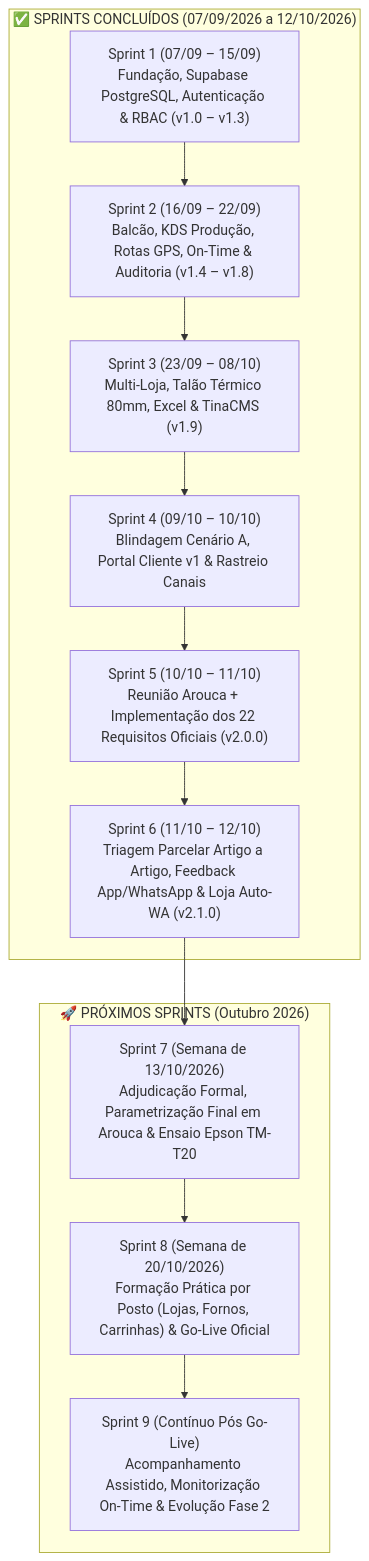
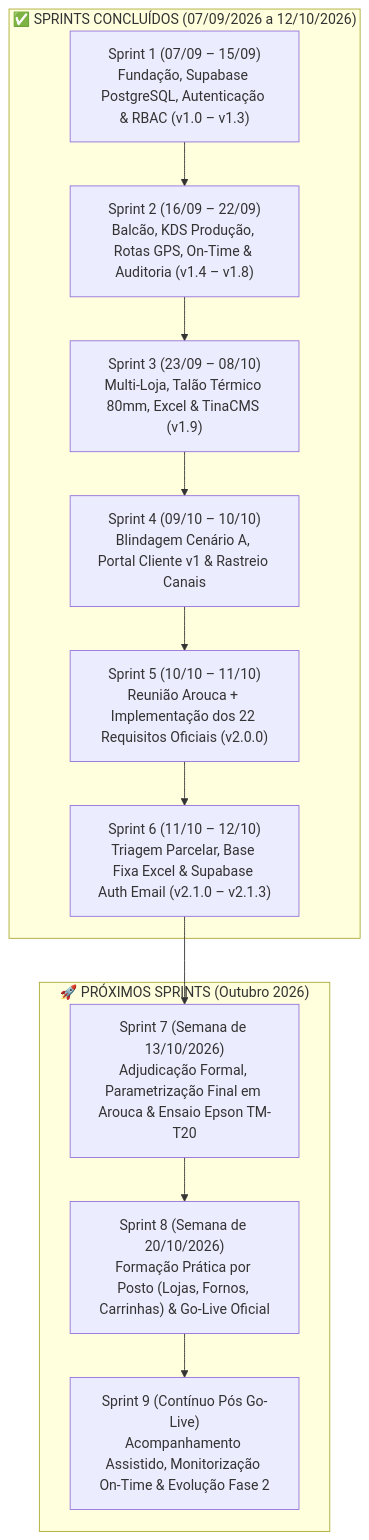
One commit to lfcarreiras/App-Padaria changed the diagram in docs/04_Dossier_Projeto_Cliente_Backlog_Horas_e_Oportunidades.md. Above: the diagram before and after it, drawn with Mermaid. The commit also changed other lines of this file and 11 other files, not shown here.

Commit message:
docs(v2.1.3): sync living documentation and 6 client PDFs with Supabase Auth email recovery and Base Fixa Excel

````diff
--- a/docs/04_Dossier_Projeto_Cliente_Backlog_Horas_e_Oportunidades.md
+++ b/docs/04_Dossier_Projeto_Cliente_Backlog_Horas_e_Oportunidades.md
@@ -90,19 +90,19 @@
 ```mermaid
 flowchart TD
     subgraph Concluidos ["✅ SPRINTS CONCLUÍDOS (07/09/2026 a 12/10/2026)"]
         SP1["Sprint 1 (07/09 – 15/09)\nFundação, Supabase PostgreSQL, Autenticação & RBAC (v1.0 – v1.3)"]
         SP2["Sprint 2 (16/09 – 22/09)\nBalcão, KDS Produção, Rotas GPS, On-Time & Auditoria (v1.4 – v1.8)"]
         SP3["Sprint 3 (23/09 – 08/10)\nMulti-Loja, Talão Térmico 80mm, Excel & TinaCMS (v1.9)"]
         SP4["Sprint 4 (09/10 – 10/10)\nBlindagem Cenário A, Portal Cliente v1 & Rastreio Canais"]
         SP5["Sprint 5 (10/10 – 11/10)\nReunião Arouca + Implementação dos 22 Requisitos Oficiais (v2.0.0)"]
-        SP6["Sprint 6 (11/10 – 12/10)\nTriagem Parcelar Artigo a Artigo, Feedback App/WhatsApp & Loja Auto-WA (v2.1.0)"]
+        SP6["Sprint 6 (11/10 – 12/10)\nTriagem Parcelar, Base Fixa Excel & Supabase Auth Email (v2.1.0 – v2.1.3)"]
         SP1 --> SP2 --> SP3 --> SP4 --> SP5 --> SP6
     end
 
     subgraph Seguintes ["🚀 PRÓXIMOS SPRINTS (Outubro 2026)"]
         SP7["Sprint 7 (Semana de 13/10/2026)\nAdjudicação Formal, Parametrização Final em Arouca & Ensaio Epson TM-T20"]
         SP8["Sprint 8 (Semana de 20/10/2026)\nFormação Prática por Posto (Lojas, Fornos, Carrinhas) & Go-Live Oficial"]
         SP9["Sprint 9 (Contínuo Pós Go-Live)\nAcompanhamento Assistido, Monitorização On-Time & Evolução Fase 2"]
         SP6 --> SP7 --> SP8 --> SP9
     end
 ```
````
